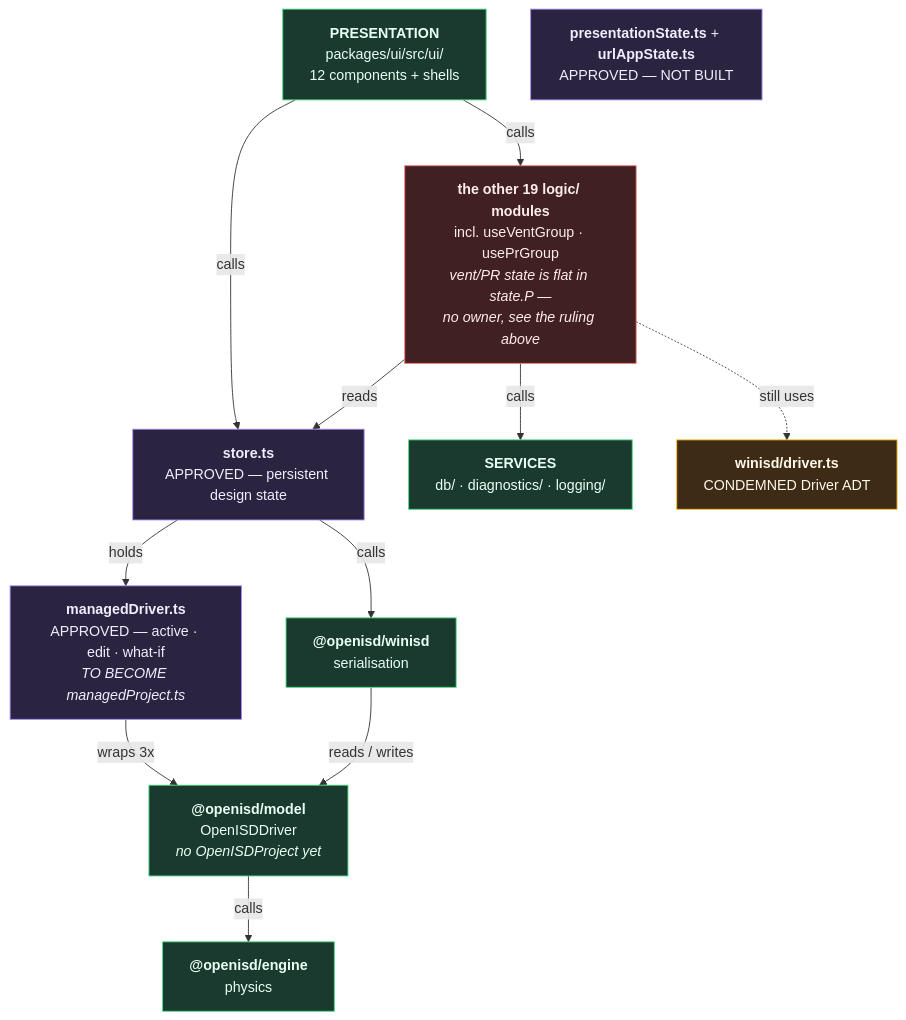
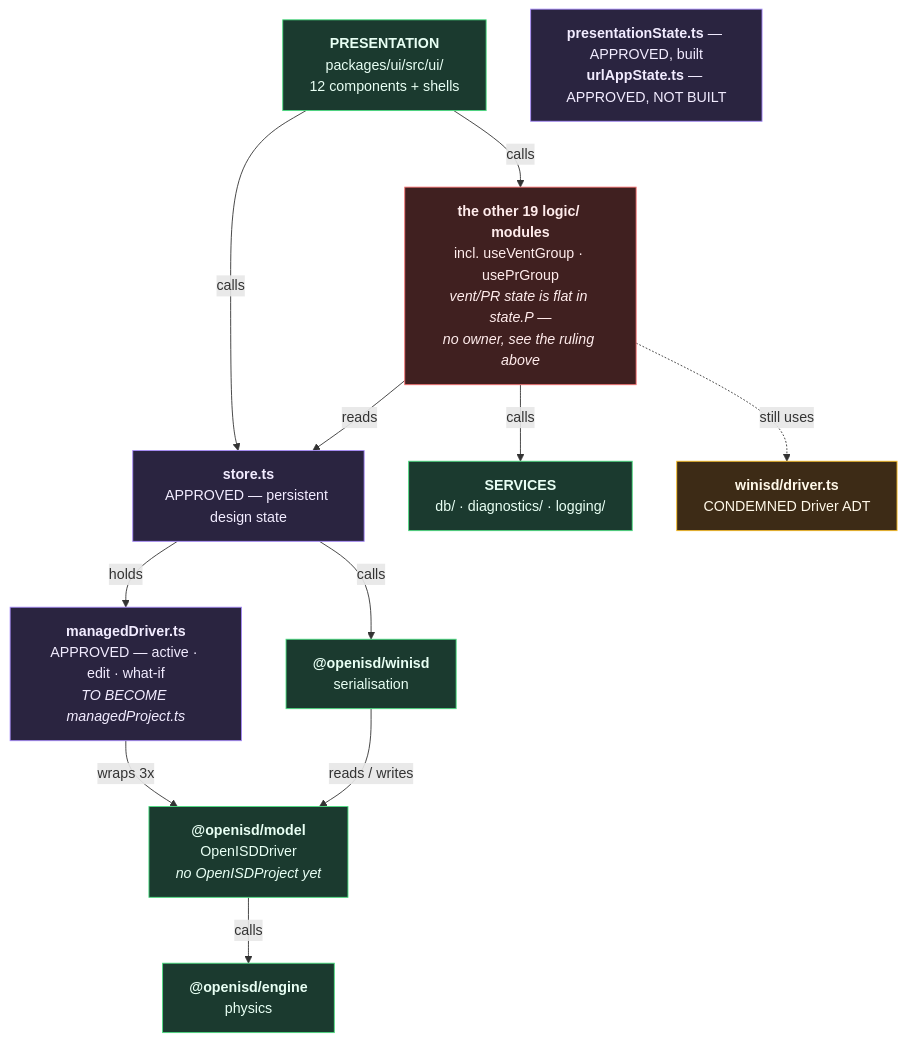
The fourth of 5 diagrams in ARCHITECTURE.md (Johnlon/openisd), drawn with Mermaid before and after one commit. The commit also changed other lines of this file and 34 other files, not shown here.

````diff
--- a/ARCHITECTURE.md
+++ b/ARCHITECTURE.md
@@ -408,33 +408,33 @@
 ```mermaid
 graph TD
     UI["<b>PRESENTATION</b><br/>packages/ui/src/ui/<br/>12 components + shells"]
     STORE["<b>store.ts</b><br/>APPROVED — persistent design state"]
     MANAGED["<b>managedDriver.ts</b><br/>APPROVED — active · edit · what-if<br/><i>TO BECOME managedProject.ts</i>"]
-    PRES["<b>presentationState.ts</b> + <b>urlAppState.ts</b><br/>APPROVED — NOT BUILT"]
+    PRES["<b>presentationState.ts</b> — APPROVED, built<br/><b>urlAppState.ts</b> — APPROVED, NOT BUILT"]
     REST["<b>the other 19 logic/ modules</b><br/>incl. useVentGroup · usePrGroup<br/><i>vent/PR state is flat in state.P —<br/>no owner, see the ruling above</i>"]
     SVC["<b>SERVICES</b><br/>db/ · diagnostics/ · logging/"]
     MODEL["<b>@openisd/model</b><br/>OpenISDDriver<br/><i>no OpenISDProject yet</i>"]
     ENGINE["<b>@openisd/engine</b><br/>physics"]
     WINISD["<b>@openisd/winisd</b><br/>serialisation"]
     OLD["<b>winisd/driver.ts</b><br/>CONDEMNED Driver ADT"]
 
     UI -->|calls| STORE
     UI -->|calls| REST
     STORE -->|holds| MANAGED
     REST -->|reads| STORE
     REST -->|calls| SVC
     MANAGED -->|"wraps 3x"| MODEL
     MODEL -->|calls| ENGINE
     WINISD -->|"reads / writes"| MODEL
     STORE -->|calls| WINISD
     REST -. "still uses" .-> OLD
 
     classDef ok fill:#1b3a2f,stroke:#4ade80,color:#e8fff4
     classDef approved fill:#2a2440,stroke:#a78bfa,color:#f2ecff
     classDef unplaced fill:#402020,stroke:#f87171,color:#ffecec
     classDef condemned fill:#3d2b16,stroke:#fbbf24,color:#fff8e8
     class UI,SVC,MODEL,ENGINE,WINISD ok
     class STORE,MANAGED,PRES approved
     class REST unplaced
     class OLD condemned
 ```
````
